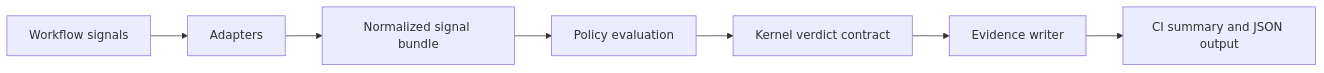
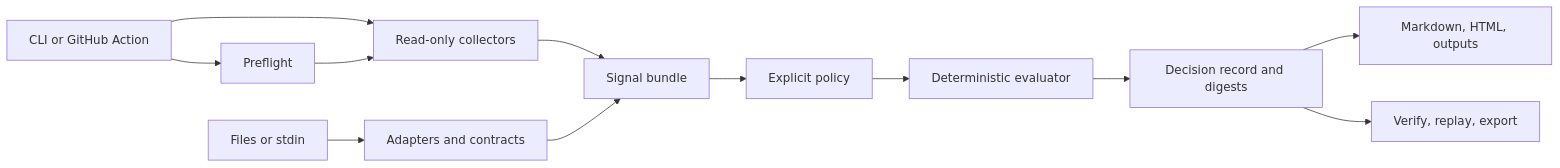
One commit to RafineriaAI/aos-workflow-gate changed the diagram in docs/ARCHITECTURE.md. Above: the diagram before and after it, drawn with Mermaid. The commit also changed other lines of this file and 53 other files, not shown here.

````diff
--- a/docs/ARCHITECTURE.md
+++ b/docs/ARCHITECTURE.md
@@ -12,9 +17,14 @@
 ```mermaid
 flowchart LR
-  A[Workflow signals] --> B[Adapters]
-  B --> C[Normalized signal bundle]
-  C --> D[Policy evaluation]
-  D --> E[Kernel verdict contract]
-  E --> F[Evidence writer]
-  F --> G[CI summary and JSON output]
+  A[CLI or GitHub Action] --> B[Preflight]
+  A --> C[Read-only collectors]
+  D[Files or stdin] --> E[Adapters and contracts]
+  B --> C
+  C --> F[Signal bundle]
+  E --> F
+  F --> G[Explicit policy]
+  G --> H[Deterministic evaluator]
+  H --> I[Decision record and digests]
+  I --> J[Markdown, HTML, outputs]
+  I --> K[Verify, replay, export]
 ```
````
